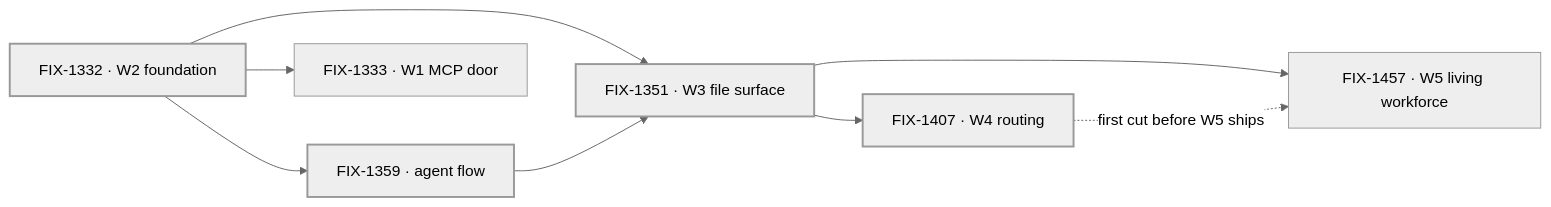
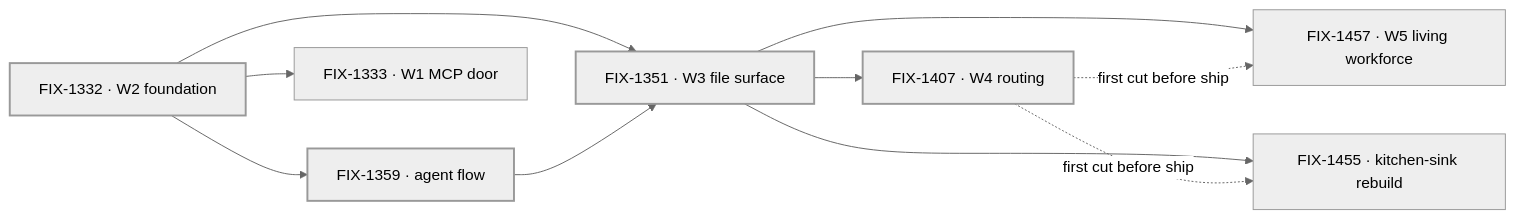
The diagram in spec/_projects/workforce-layer-2-abstraction/SPEC.md (fixpoint-labs/flow-state-dev), drawn with Mermaid (neutral theme) before and after one commit. The commit also changed other lines of this file and 4 other files, not shown here.

First line of the commit message:
project(workforce-layer-2-abstraction): the kitchen-sink rebuild is its own epic

````diff
--- a/spec/_projects/workforce-layer-2-abstraction/SPEC.md
+++ b/spec/_projects/workforce-layer-2-abstraction/SPEC.md
@@ -78,12 +88,14 @@
 ```mermaid
 flowchart LR
   W2["FIX-1332 · W2 foundation"] --> AF["FIX-1359 · agent flow"]
   W2 --> W3["FIX-1351 · W3 file surface"]
   AF --> W3
   W3 --> W4["FIX-1407 · W4 routing"]
   W3 --> W5["FIX-1457 · W5 living workforce"]
-  W4 -.->|"first cut before W5 ships"| W5
+  W3 --> KS["FIX-1455 · kitchen-sink rebuild"]
+  W4 -.->|"first cut before ship"| W5
+  W4 -.->|"first cut before ship"| KS
   W2 --> W1["FIX-1333 · W1 MCP door"]
   classDef done stroke-width:2px
   class W2,AF,W3,W4 done
 ```
````
